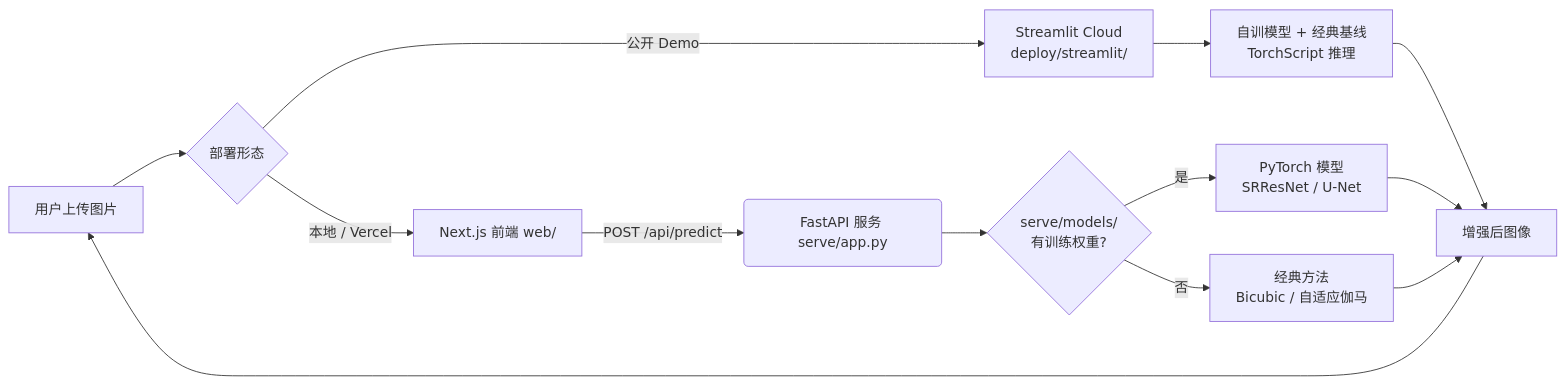
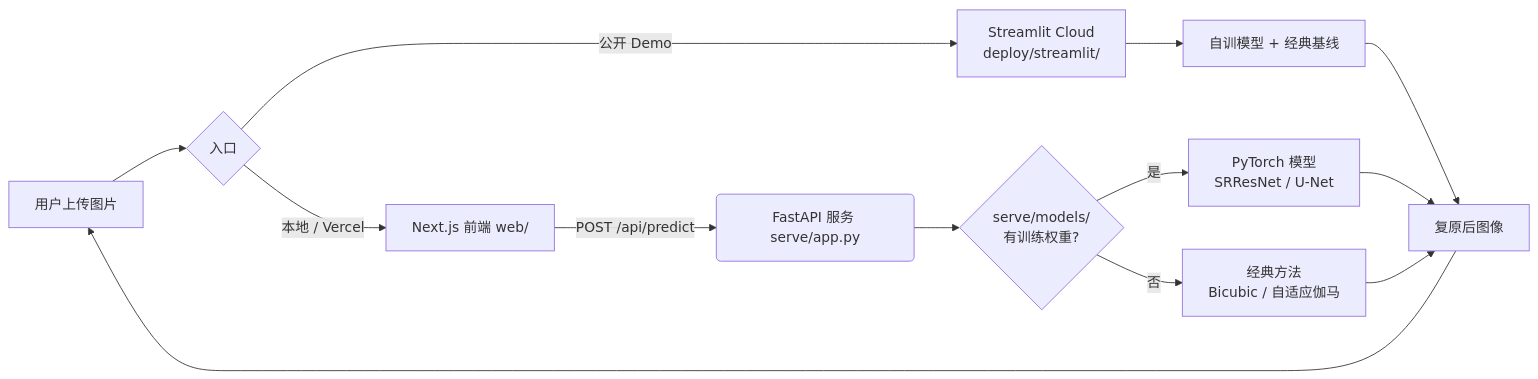
Before and after one commit to ElijahZhao/pixelforge-image-restoration-: the diagram in README.md, drawn with Mermaid. The commit also changed other lines of this file and 1 other file, not shown here.

````diff
--- a/README.md
+++ b/README.md
@@ -146,15 +85,15 @@
 ```mermaid
 flowchart LR
-    A[用户上传图片] --> B{部署形态}
+    A[用户上传图片] --> B{入口}
     B -->|公开 Demo| C[Streamlit Cloud<br/>deploy/streamlit/]
     B -->|本地 / Vercel| D[Next.js 前端 web/]
-    C --> E[自训模型 + 经典基线<br/>TorchScript 推理]
+    C --> E[自训模型 + 经典基线]
     D -->|POST /api/predict| F(FastAPI 服务 serve/app.py)
     F --> G{serve/models/<br/>有训练权重?}
     G -->|是| H[PyTorch 模型<br/>SRResNet / U-Net]
     G -->|否| I[经典方法<br/>Bicubic / 自适应伽马]
-    E --> J[增强后图像]
+    E --> J[复原后图像]
     H --> J
     I --> J
     J --> A
 ```
````
